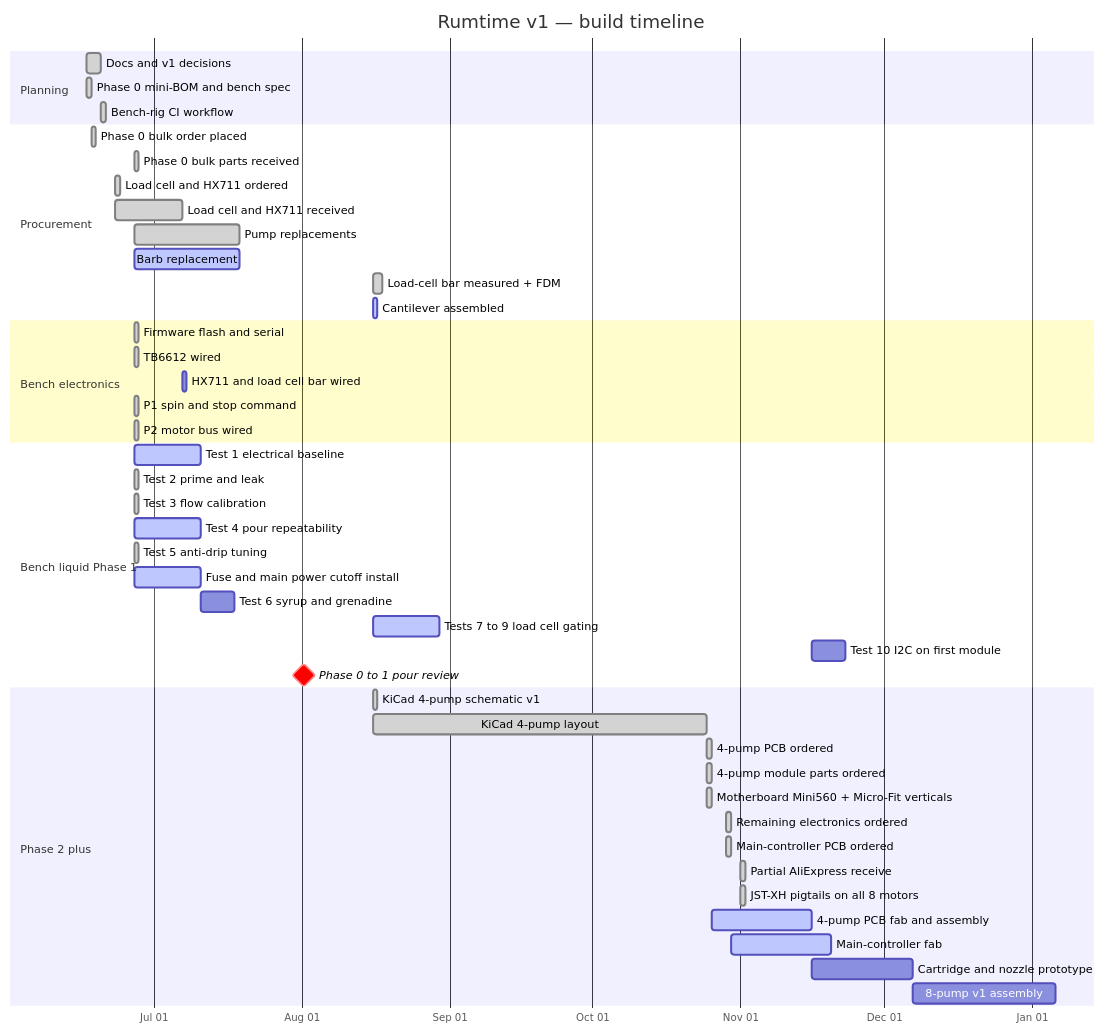
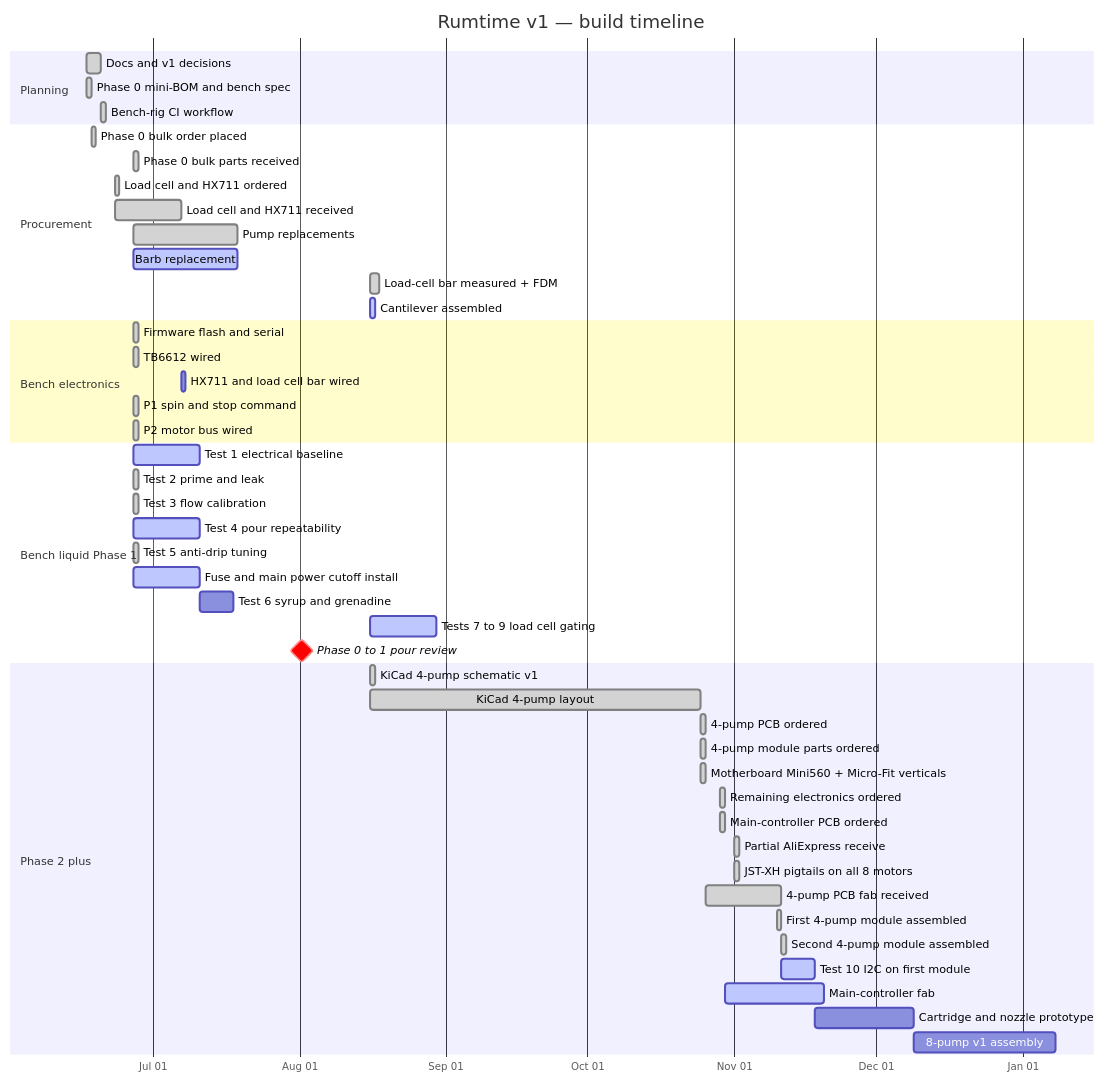
Before and after one commit to cjlawson02/Rumtime: the diagram in docs/15-project-timeline.md, drawn with Mermaid. The commit also changed other lines of this file and 11 other files, not shown here.

First line of the commit message:
Record two assembled 4-pump modules and invert motor polarity.

````diff
--- a/docs/15-project-timeline.md
+++ b/docs/15-project-timeline.md
@@ -11,55 +11,57 @@
 ```mermaid
 gantt
     title Rumtime v1 — build timeline
     dateFormat YYYY-MM-DD
     axisFormat %b %d
 
     section Planning
     Docs and v1 decisions           :done, plan, 2026-06-17, 3d
     Phase 0 mini-BOM and bench spec :done, bom, 2026-06-17, 1d
     Bench-rig CI workflow           :done, ci, 2026-06-20, 1d
 
     section Procurement
     Phase 0 bulk order placed      :done, po, 2026-06-18, 1d
     Phase 0 bulk parts received    :done, recv, 2026-06-27, 1d
     Load cell and HX711 ordered     :done, lc_po, 2026-06-23, 1d
     Load cell and HX711 received    :done, lc_recv, 2026-06-23, 14d
     Pump replacements              :done, pump_returns, 2026-06-27, 22d
     Barb replacement               :active, barb_return, 2026-06-27, 22d
     Load-cell bar measured + FDM   :done, lc_cad, 2026-08-16, 2d
     Cantilever assembled           :active, lc_asm, 2026-08-16, 1d
 
     section Bench electronics
     Firmware flash and serial       :done, fw, 2026-06-27, 1d
     TB6612 wired                    :done, wire, 2026-06-27, 1d
     HX711 and load cell bar wired   :lc_wire, after lc_recv, 1d
     P1 spin and stop command        :done, p1e, 2026-06-27, 1d
     P2 motor bus wired              :done, p2e, 2026-06-27, 1d
 
     section Bench liquid Phase 1
     Test 1 electrical baseline      :active, t1, 2026-06-27, 14d
     Test 2 prime and leak           :done, t2, 2026-06-27, 1d
     Test 3 flow calibration         :done, t3, 2026-06-27, 1d
     Test 4 pour repeatability       :active, t4, 2026-06-27, 14d
     Test 5 anti-drip tuning         :done, t5, 2026-06-27, 1d
     Fuse and main power cutoff install    :active, safe, 2026-06-27, 14d
     Test 6 syrup and grenadine      :t6, 2026-07-11, 7d
     Tests 7 to 9 load cell gating   :active, t79, 2026-08-16, 14d
-    Test 10 I2C on first module     :t10, after p2fab, 7d
     Phase 0 to 1 pour review        :milestone, crit, p01exit, 2026-08-01, 1d
 
     section Phase 2 plus
     KiCad 4-pump schematic v1      :done, p2sch, 2026-08-16, 1d
     KiCad 4-pump layout            :done, p2des, 2026-08-16, 70d
     4-pump PCB ordered             :done, p2po, 2026-10-25, 1d
     4-pump module parts ordered    :done, p2parts, 2026-10-25, 1d
     Motherboard Mini560 + Micro-Fit verticals :done, mbparts, 2026-10-25, 1d
     Remaining electronics ordered  :done, mbparts2, 2026-10-29, 1d
     Main-controller PCB ordered    :done, mbpo, 2026-10-29, 1d
     Partial AliExpress receive     :done, ae_recv1, 2026-11-01, 1d
     JST-XH pigtails on all 8 motors :done, jst8, 2026-11-01, 1d
-    4-pump PCB fab and assembly    :active, p2fab, after p2po, 21d
+    4-pump PCB fab received        :done, p2fab, after p2po, 16d
+    First 4-pump module assembled  :done, p2asm1, 2026-11-10, 1d
+    Second 4-pump module assembled :done, p2asm2, after p2asm1, 1d
+    Test 10 I2C on first module    :active, t10, after p2asm1, 7d
     Main-controller fab            :active, mbfab, after mbpo, 21d
-    Cartridge and nozzle prototype  :p3, after p2fab, 21d
+    Cartridge and nozzle prototype  :p3, after t10, 21d
     8-pump v1 assembly              :p4, after p3, 30d
 ```
````
